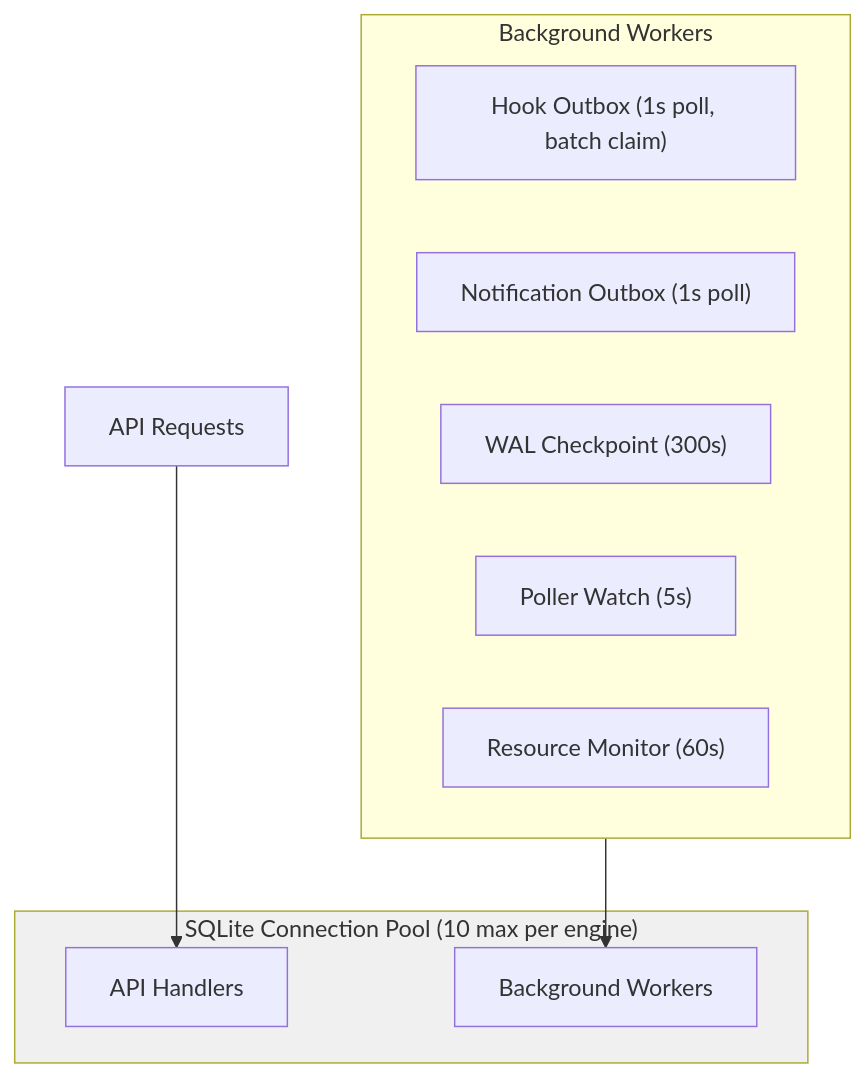
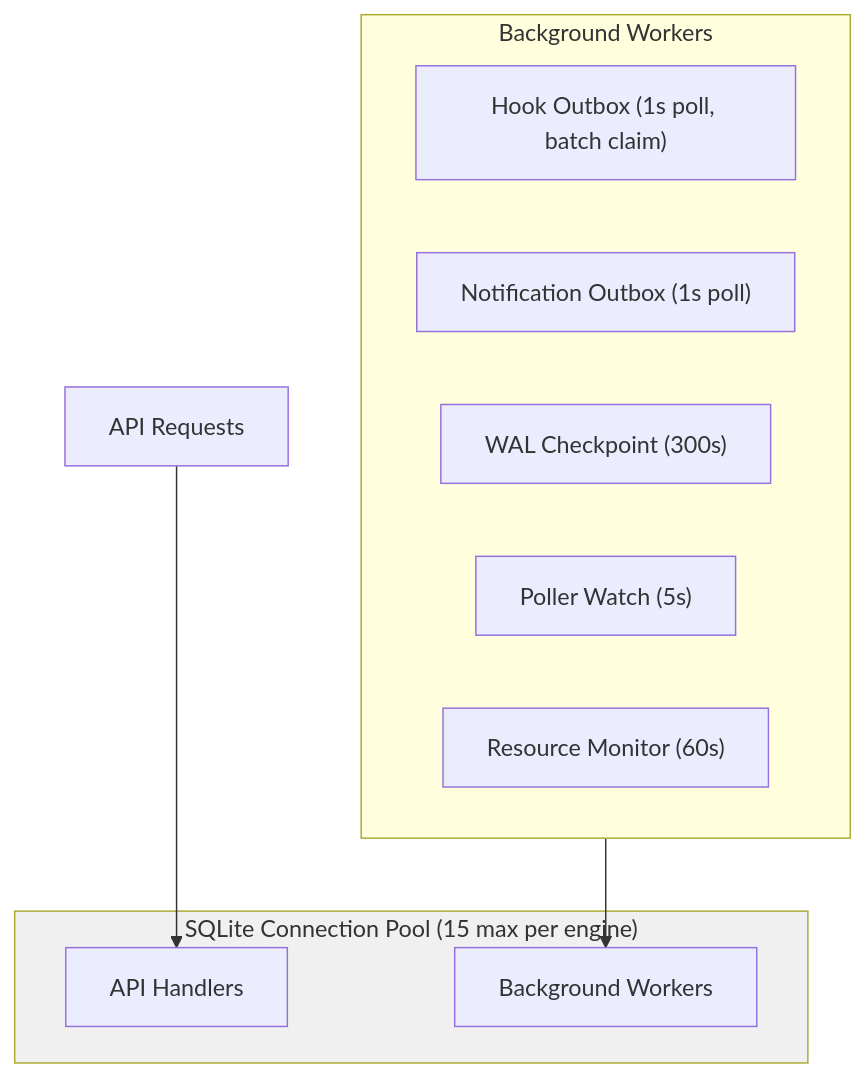
One commit to InstruktAI/TeleClaude changed the fourth of 5 diagrams in docs/project/design/architecture/performance-tuning.md. Above: the diagram before and after it, drawn with Mermaid. The commit also changed other lines of this file and 1 other file, not shown here.

First line of the commit message:
docs(fix-production-sqlite-engines-use-nullpool-s): ground the pooling contract in the SQLAlchemy dialect default [skip ci]

````diff
--- a/docs/project/design/architecture/performance-tuning.md
+++ b/docs/project/design/architecture/performance-tuning.md
@@ -195,20 +195,20 @@
 ```mermaid
 flowchart TB
-    subgraph Pool["SQLite Connection Pool (10 max per engine)"]
+    subgraph Pool["SQLite Connection Pool (15 max per engine)"]
         API["API Handlers"]
         BG["Background Workers"]
     end
 
     subgraph Workers["Background Workers"]
         HO["Hook Outbox (1s poll, batch claim)"]
         NO["Notification Outbox (1s poll)"]
         WAL["WAL Checkpoint (300s)"]
         PW["Poller Watch (5s)"]
         RM["Resource Monitor (60s)"]
     end
 
     Workers --> BG
     Client["API Requests"] --> API
 
     style Pool fill:#f0f0f0
 ```
````
